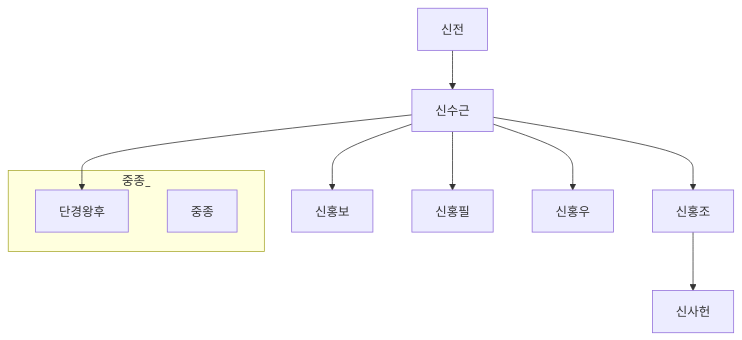
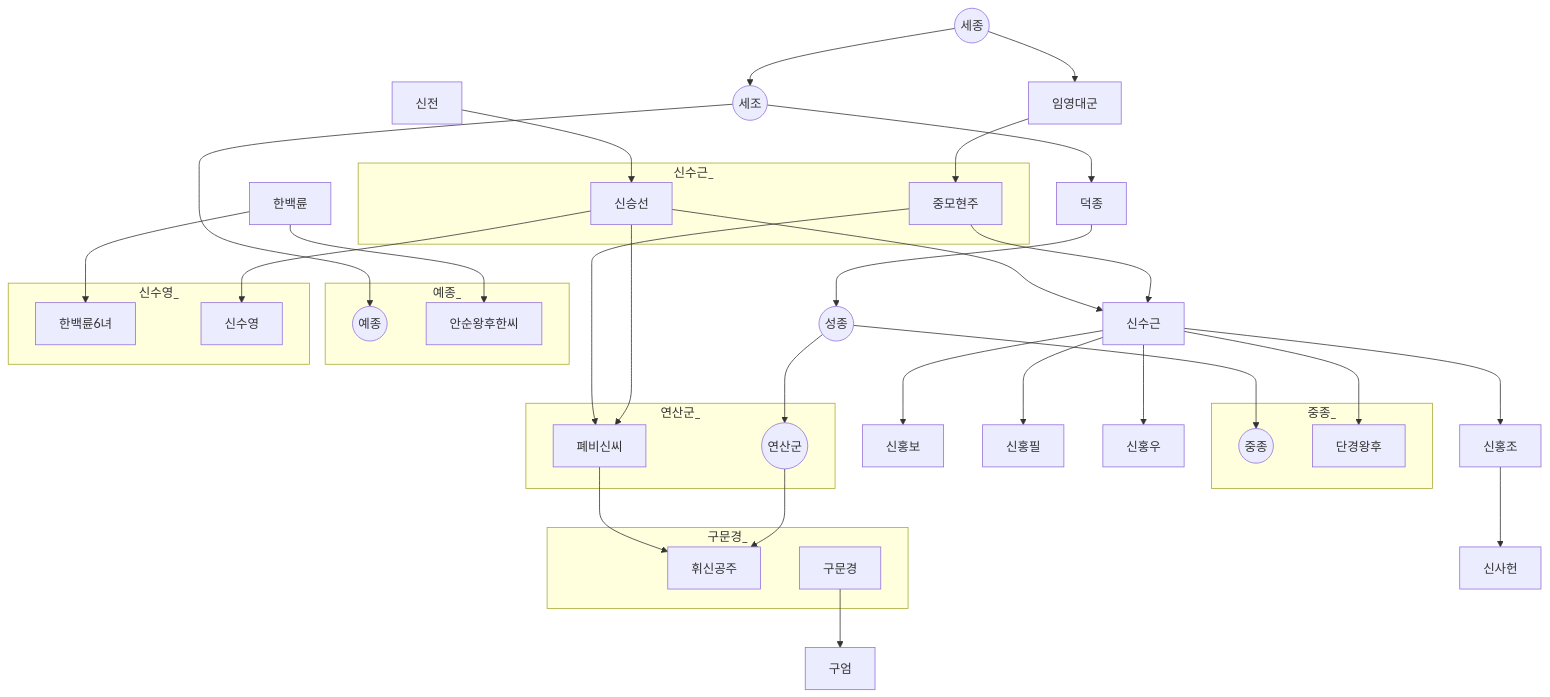
Before and after one commit to daewonyoon/historigram: the diagram in 한국사/신수근중심.md, drawn with Mermaid.

Commit message:
신수근

````diff
--- a/한국사/신수근중심.md
+++ b/한국사/신수근중심.md
@@ -1,18 +1,58 @@
 ```mermaid
 
 graph TD
 
+ 세종((세종)) --> 세조((세조)) --> 덕종 --> 성종((성종)) --> 연산군
+ 성종 --> 중종((중종))
+ 세조 --> 예종((예종))
+ 신승선 --> 폐비신씨
+ 중모현주 --> 폐비신씨
 
+ 연산군 --> 휘신공주
+ 폐비신씨 --> 휘신공주
 
- 신전 --> 신수근 --> 신홍보
+ subgraph 구문경_
+ 구문경
+ 휘신공주
+ end
+
+ 구문경 --> 구엄
+
+ 한백륜 --> 안순왕후한씨
+ subgraph 예종_
+ 예종((예종))
+ 안순왕후한씨
+ end
+ 한백륜 --> 한백륜6녀
+ subgraph 신수영_
+ 신수영
+ 한백륜6녀
+ end
+ 신승선 --> 신수영
+
+ 연산군((연산군))
+
+ 중종((중종))
+
+ subgraph 신수근_
+ 신승선
+ 중모현주
+ end
+
+ 세종 --> 임영대군 --> 중모현주 --> 신수근
+ 신전 --> 신승선 --> 신수근 --> 신홍보
  신수근 --> 신홍필
  신수근 --> 신홍조 --> 신사헌
  신수근 --> 신홍우
  
  신수근 --> 단경왕후
  subgraph 중종_
   중종
   단경왕후
  end
 
+ subgraph 연산군_
+ 연산군
+ 폐비신씨
+ end
 ```
````
